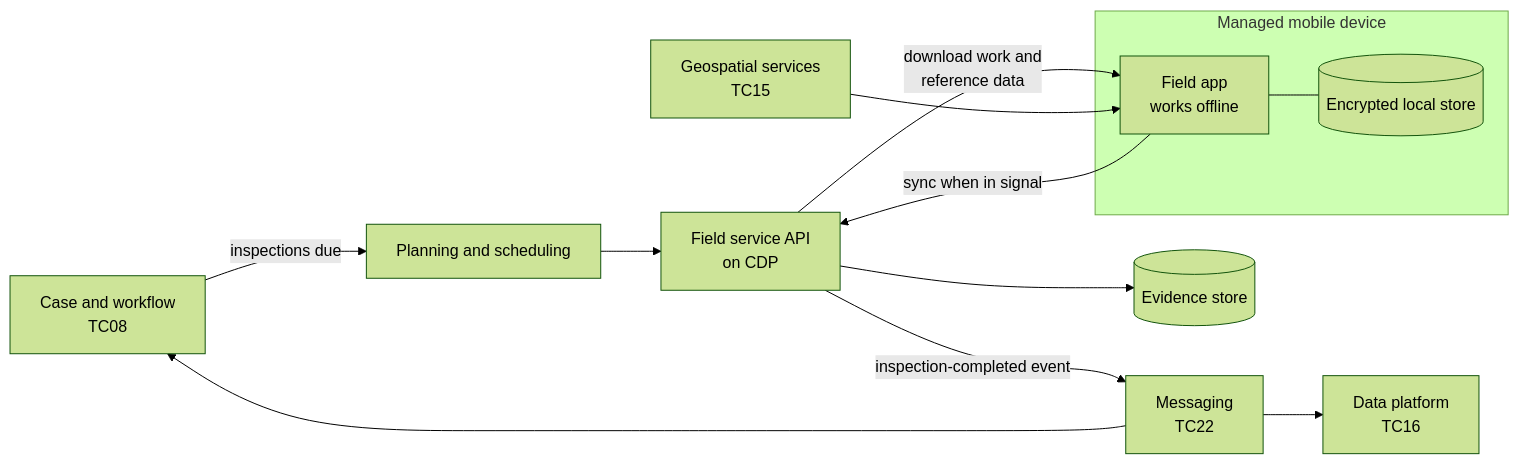
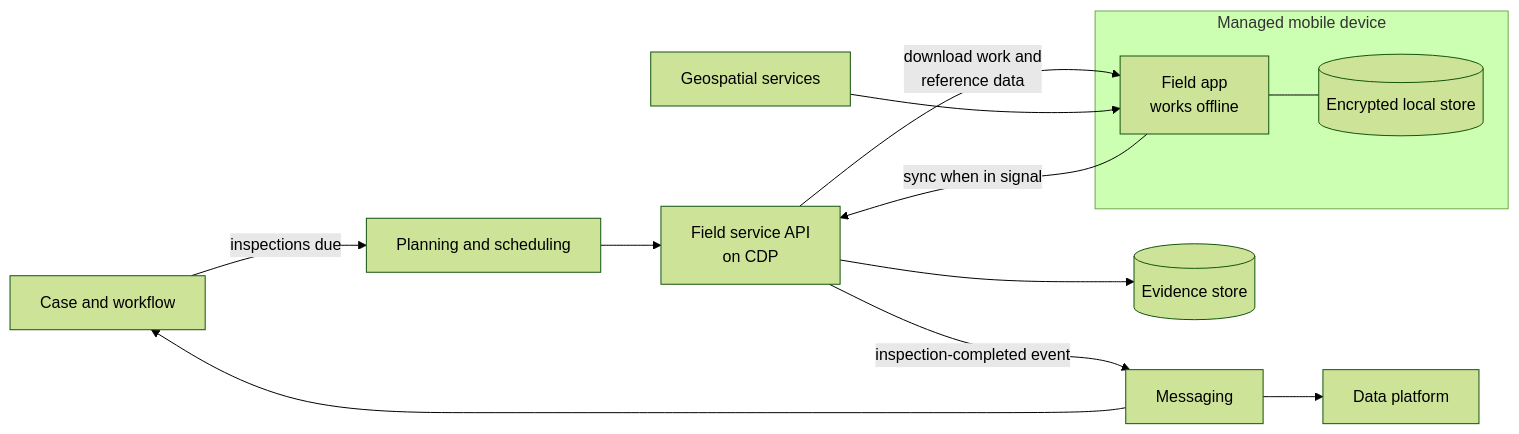
Before and after one commit to DEFRA/architecture: the diagram in docs/handrail/reference-architectures/field-inspection.md, drawn with Mermaid (forest theme). The commit also changed other lines of this file and 33 other files, not shown here.

````diff
--- a/docs/handrail/reference-architectures/field-inspection.md
+++ b/docs/handrail/reference-architectures/field-inspection.md
@@ -18,19 +18,19 @@
 ```mermaid
 flowchart LR
     accTitle: Proposed field inspection reference architecture
     accDescr: Inspections are planned and scheduled from case management. A field app on a managed device downloads the work and reference data before the visit, works offline to capture findings, photos, samples and locations, and stores them encrypted on the device. When back in signal it syncs to a field service API on the Core Delivery Platform, which stores evidence, updates the case through events and feeds the data platform.
-    CASE["Case and workflow<br/>TC08"] -->|"inspections due"| PLAN["Planning and scheduling"]
+    CASE["Case and workflow"] -->|"inspections due"| PLAN["Planning and scheduling"]
     PLAN --> API
     subgraph DEV["Managed mobile device"]
         APP["Field app<br/>works offline"]
         LOCAL[("Encrypted local store")]
         APP --- LOCAL
     end
     API["Field service API<br/>on CDP"] -->|"download work and<br/>reference data"| APP
     APP -->|"sync when in signal"| API
     API --> EV[("Evidence store")]
-    API -->|"inspection-completed event"| MSG["Messaging<br/>TC22"]
+    API -->|"inspection-completed event"| MSG["Messaging"]
     MSG --> CASE
-    MSG --> DP["Data platform<br/>TC16"]
-    GEO["Geospatial services<br/>TC15"] --> APP
+    MSG --> DP["Data platform"]
+    GEO["Geospatial services"] --> APP
 ```
````
